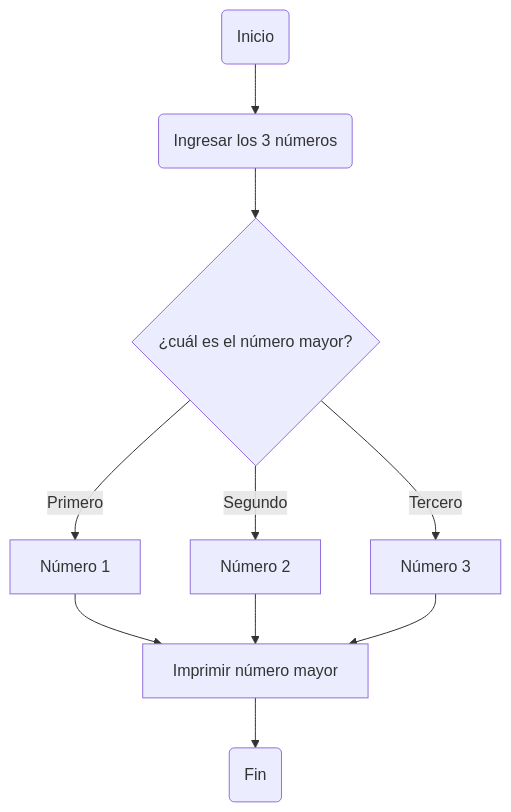
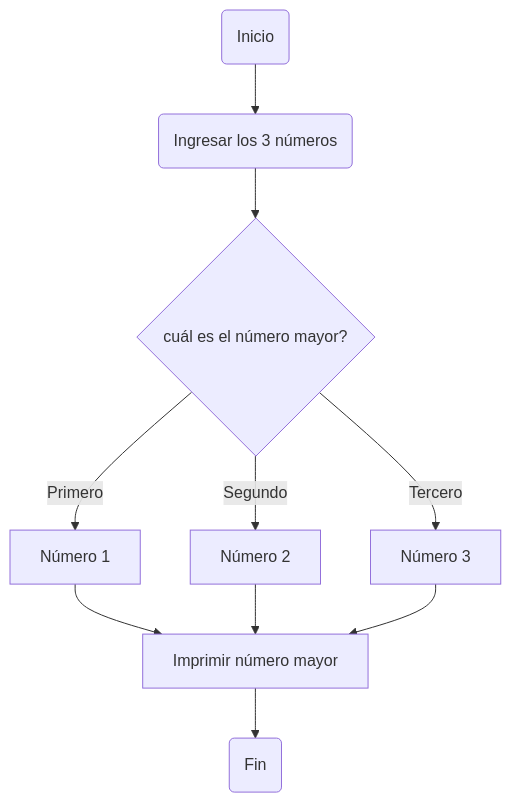
Before and after one commit to jeriosv/taller_1: the first of 3 diagrams in README.md, drawn with Mermaid.

````diff
--- a/README.md
+++ b/README.md
@@ -24,11 +24,11 @@
 ```mermaid
   graph TD;
     A(Inicio) --> B(Ingresar los 3 números)
-    B --> C{¿cuál es el número mayor?}
+    B --> C{cuál es el número mayor?}
     C -->|Primero| D[Número 1] 
     C -->|Segundo| E[Número 2] 
     C -->|Tercero| F[Número 3] 
     D --> G[Imprimir número mayor] --> H(Fin)
     E --> G 
     F --> G 
 ```
````
